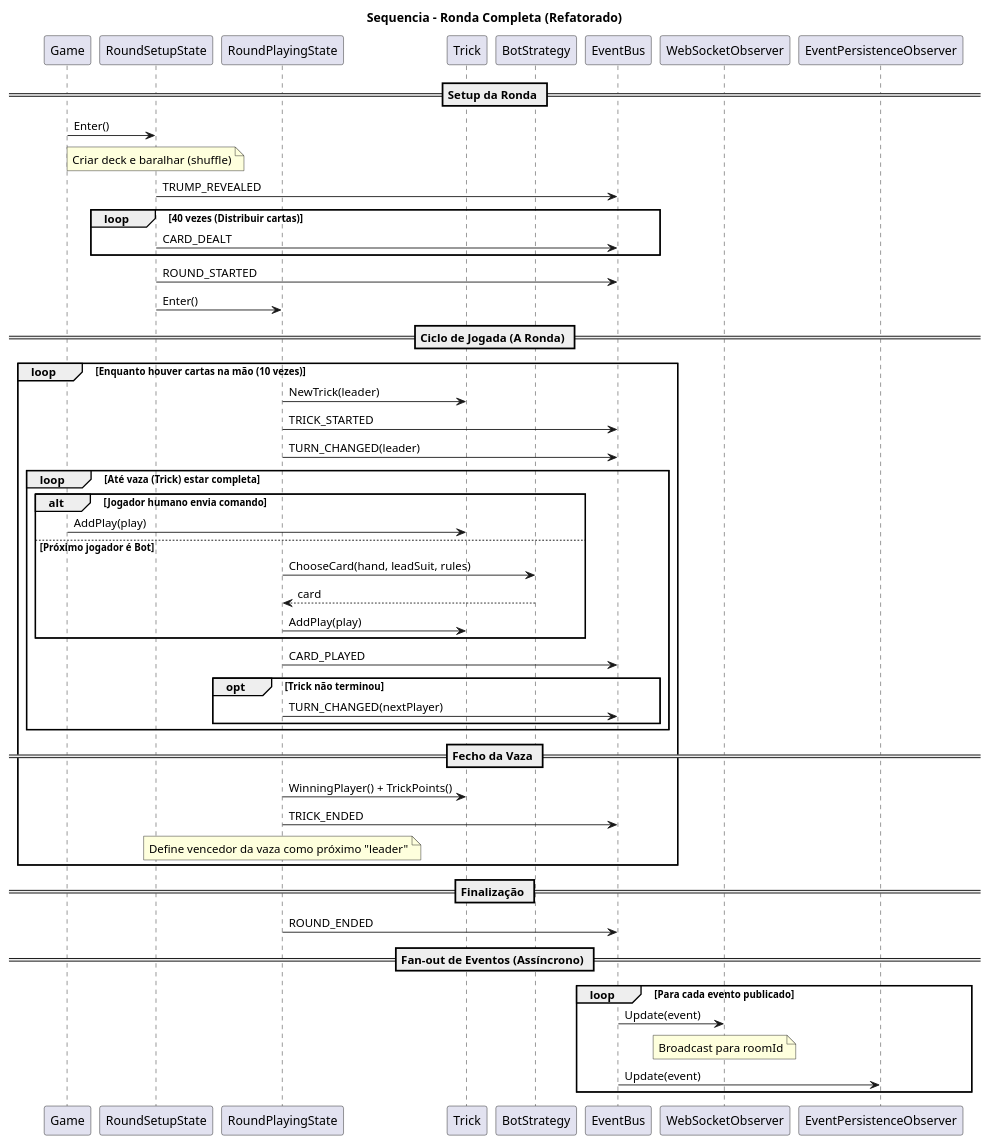
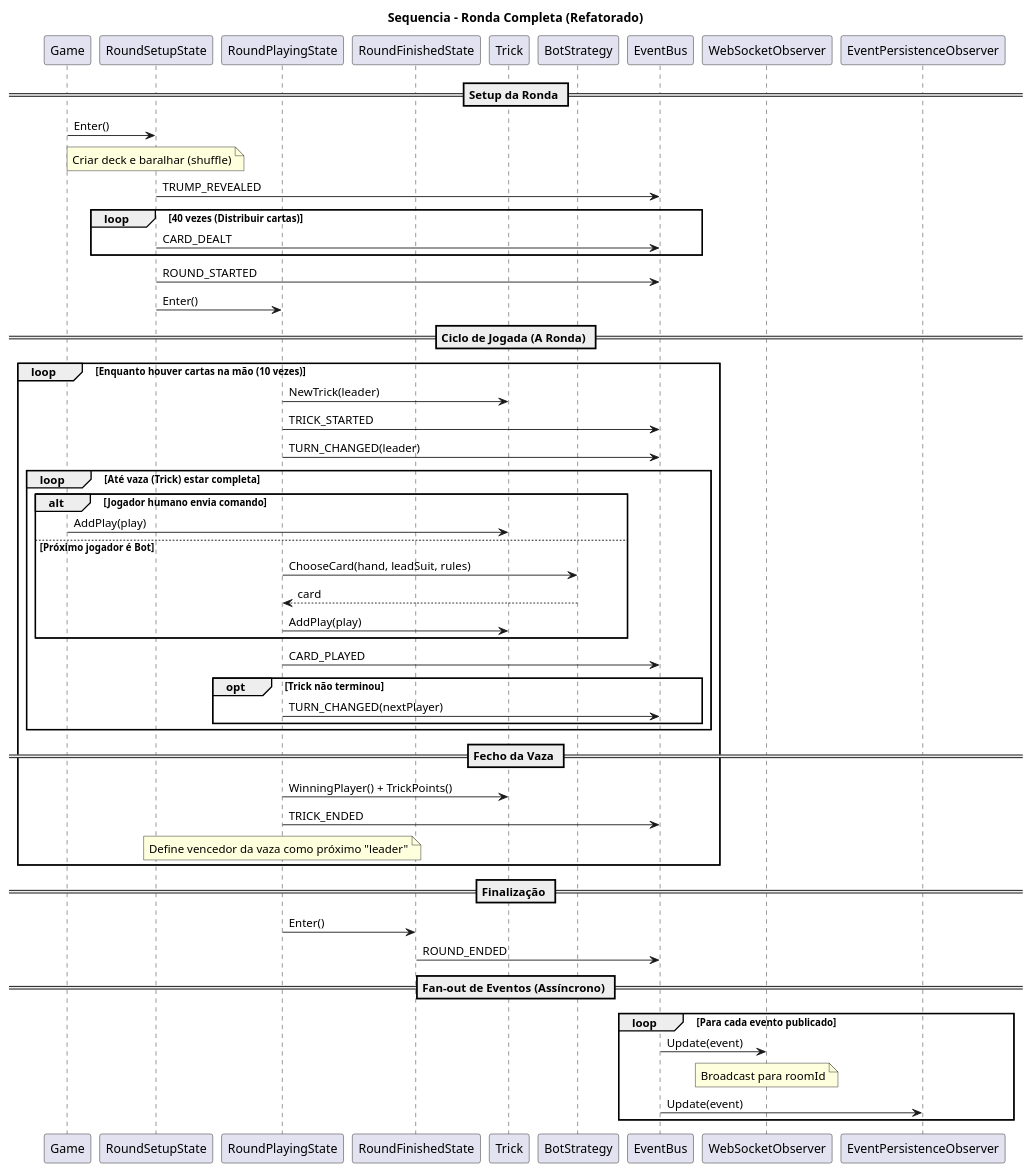
The diagram in DocumentacaoV2/Relatorio_Diagramas/3_4_4_sequencia_round.puml (DuarteMSousa/PEDWM_TP1), drawn with PlantUML before and after one commit. The commit also changed 1 other file, not shown here.

Commit message:
Update sequence diagrams: notes and round state
Refactor two UML sequence diagrams for clarity and to reflect a round-state refactor. In 3_4_3_sequencia_jogar_carta.puml: changed PlayHandler->Cmd Execute parameter from `game` to `room`, converted inline actions to notes (remove carta da mão + adiciona jogada, UpdateRoundState, ignora persistência) to improve readability and fix terminology. In 3_4_4_sequencia_round.puml: added a RoundFinishedState participant and an Enter() transition, and moved the ROUND_ENDED event emission from Playing to Finished to reflect the new state flow.

```diff
--- a/DocumentacaoV2/Relatorio_Diagramas/3_4_4_sequencia_round.puml
+++ b/DocumentacaoV2/Relatorio_Diagramas/3_4_4_sequencia_round.puml
@@ -1,68 +1,70 @@
 @startuml
 title Sequencia - Ronda Completa (Refatorado)
 
 participant "Game" as Game
 participant "RoundSetupState" as Setup
 participant "RoundPlayingState" as Playing
+participant "RoundFinishedState" as Finished
 participant "Trick" as Trick
 participant "BotStrategy" as Bot
 participant "EventBus" as Bus
 participant "WebSocketObserver" as WS
 participant "EventPersistenceObserver" as Persist
 
 == Setup da Ronda ==
 
 Game -> Setup : Enter()
 note over Setup : Criar deck e baralhar (shuffle)
 
 Setup -> Bus : TRUMP_REVEALED
 
 loop 40 vezes (Distribuir cartas)
     Setup -> Bus : CARD_DEALT
 end
 
 Setup -> Bus : ROUND_STARTED
 Setup -> Playing : Enter()
 
 == Ciclo de Jogada (A Ronda) ==
 
 loop Enquanto houver cartas na mão (10 vezes)
     Playing -> Trick : NewTrick(leader)
     Playing -> Bus : TRICK_STARTED
     Playing -> Bus : TURN_CHANGED(leader)
 
     loop Até vaza (Trick) estar completa
         alt Jogador humano envia comando
             Game -> Trick : AddPlay(play)
         else Próximo jogador é Bot
             Playing -> Bot : ChooseCard(hand, leadSuit, rules)
             Bot --> Playing : card
             Playing -> Trick : AddPlay(play)
         end
 
         Playing -> Bus : CARD_PLAYED
         
         opt Trick não terminou
             Playing -> Bus : TURN_CHANGED(nextPlayer)
         end
     end
 
     == Fecho da Vaza ==
     Playing -> Trick : WinningPlayer() + TrickPoints()
     Playing -> Bus : TRICK_ENDED
     note over Playing : Define vencedor da vaza como próximo "leader"
 end
 
 == Finalização ==
 
-Playing -> Bus : ROUND_ENDED
+Playing -> Finished : Enter()
+Finished -> Bus : ROUND_ENDED
 
 == Fan-out de Eventos (Assíncrono) ==
 
 loop Para cada evento publicado
     Bus -> WS : Update(event)
     note over WS : Broadcast para roomId
     Bus -> Persist : Update(event)
 end
 
 @enduml
```
